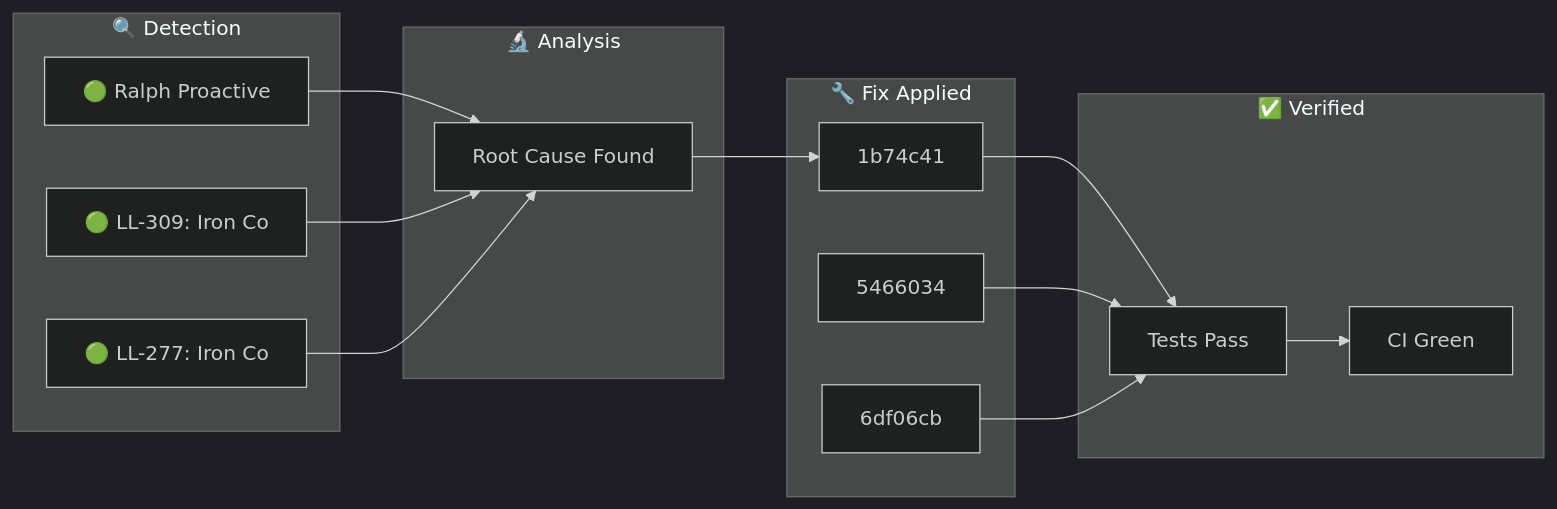
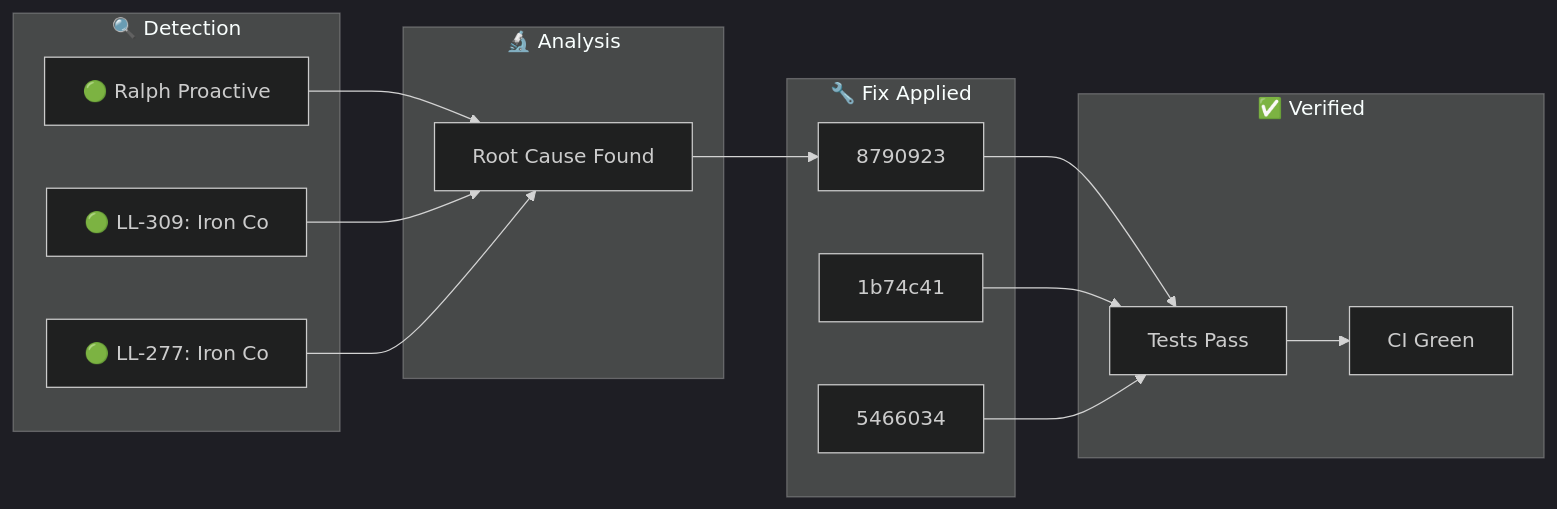
Before and after one commit to YoByron/trading: the diagram in docs/_posts/2026-01-29-ralph-discovery.md, drawn with Mermaid (dark theme). The commit also changed other lines of this file, not shown here.

Commit message:
docs(ralph): Auto-publish discovery blog post

````diff
--- a/docs/_posts/2026-01-29-ralph-discovery.md
+++ b/docs/_posts/2026-01-29-ralph-discovery.md
@@ -17,28 +17,28 @@
 ```mermaid
 flowchart LR
     subgraph Detection["🔍 Detection"]
         D1["🟢 Ralph Proactive"]
         D2["🟢 LL-309: Iron Co"]
         D3["🟢 LL-277: Iron Co"]
     end
     subgraph Analysis["🔬 Analysis"]
         A1["Root Cause Found"]
     end
     subgraph Fix["🔧 Fix Applied"]
-        F1["1b74c41"]
-        F2["5466034"]
-        F3["6df06cb"]
+        F1["8790923"]
+        F2["1b74c41"]
+        F3["5466034"]
     end
     subgraph Verify["✅ Verified"]
         V1["Tests Pass"]
         V2["CI Green"]
     end
     D1 --> A1
     D2 --> A1
     D3 --> A1
     A1 --> F1
     F1 --> V1
     F2 --> V1
     F3 --> V1
     V1 --> V2
 ```
````
